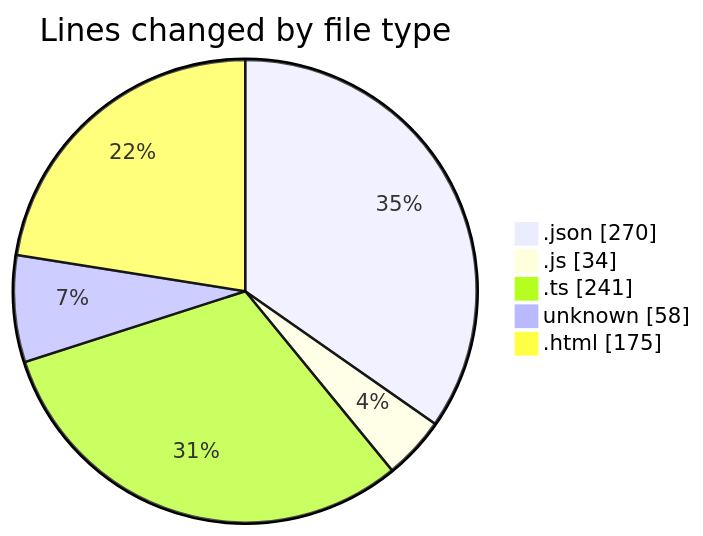
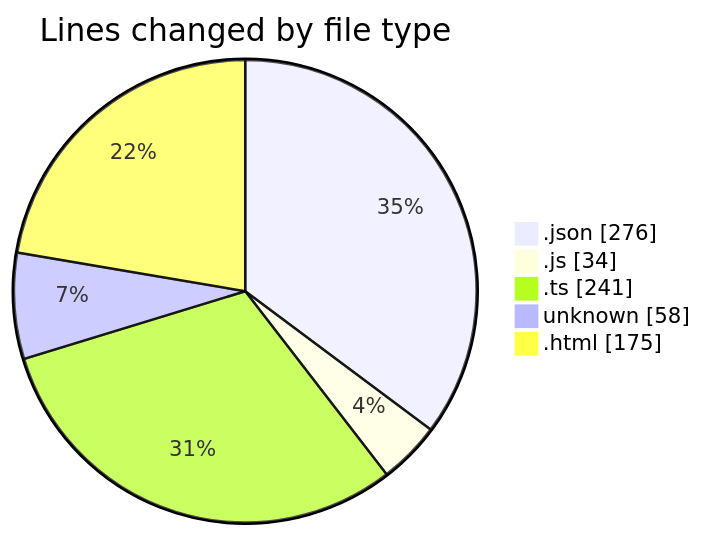
The first of 2 diagrams in 2025-05-12/news-clock-system-caspercg/README.md (momahboobian/code-tracking), drawn with Mermaid before and after one commit. The commit also changed other lines of this file and 1 other file, not shown here.

````diff
--- a/2025-05-12/news-clock-system-caspercg/README.md
+++ b/2025-05-12/news-clock-system-caspercg/README.md
@@ -32,9 +32,9 @@
 ```mermaid
 pie showData
 title Lines changed by file type
-".json" : 270
+".json" : 276
 ".js" : 34
 ".ts" : 241
 "unknown" : 58
 ".html" : 175
 ```
````
